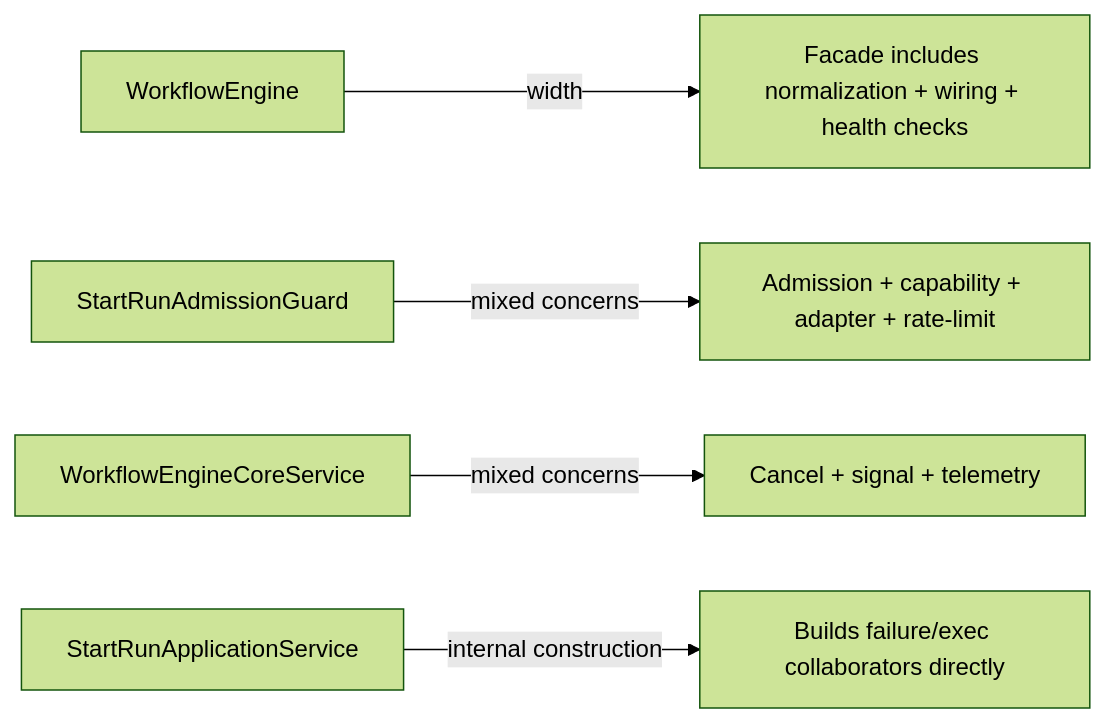
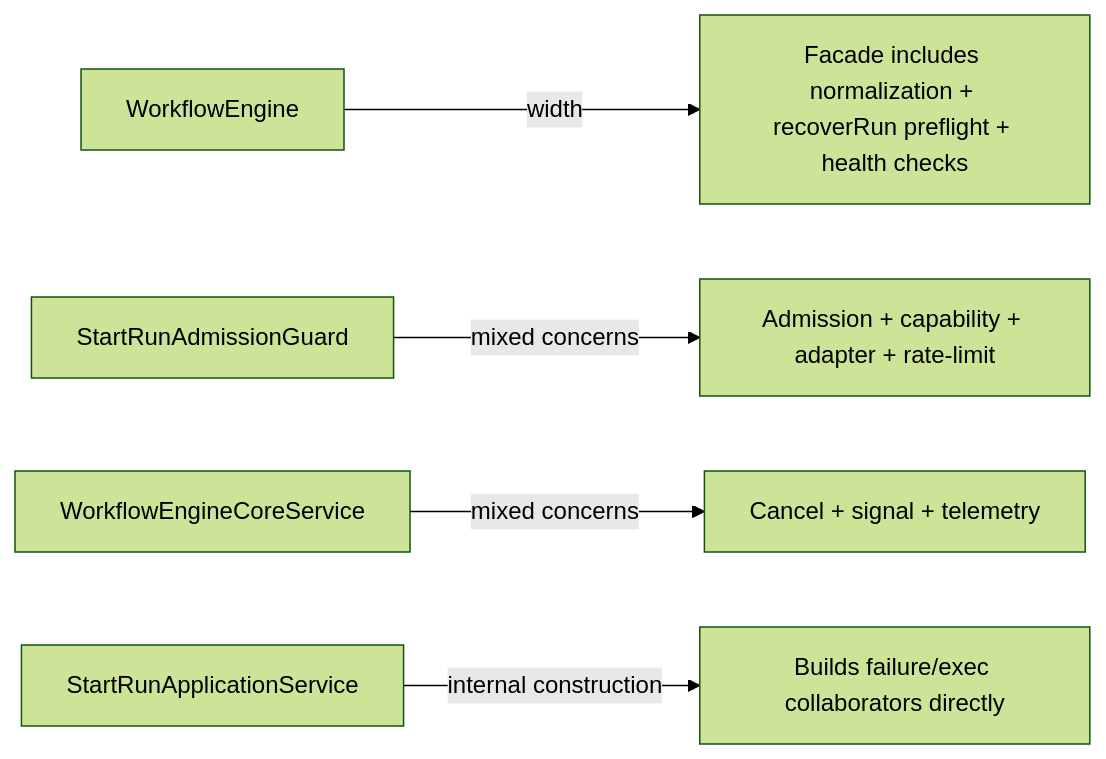
The fifth of 5 diagrams in docs/architecture/components/engine/architecture/workflow-engine-subsystem-context.md (dunay2/dvt), drawn with Mermaid (forest theme) before and after one commit. The commit also changed other lines of this file and 10 other files, not shown here.

Commit message:
refactor(engine): Make workflow engine wiring explicit

````diff
--- a/docs/architecture/components/engine/architecture/workflow-engine-subsystem-context.md
+++ b/docs/architecture/components/engine/architecture/workflow-engine-subsystem-context.md
@@ -234,7 +234,7 @@
 ```mermaid
 flowchart LR
-  WF["WorkflowEngine"] -->|width| W1["Facade includes normalization + wiring + health checks"]
+  WF["WorkflowEngine"] -->|width| W1["Facade includes normalization + recoverRun preflight + health checks"]
   Guard["StartRunAdmissionGuard"] -->|mixed concerns| W2["Admission + capability + adapter + rate-limit"]
   Core["WorkflowEngineCoreService"] -->|mixed concerns| W3["Cancel + signal + telemetry"]
   StartRun["StartRunApplicationService"] -->|internal construction| W4["Builds failure/exec collaborators directly"]
 ```
````
